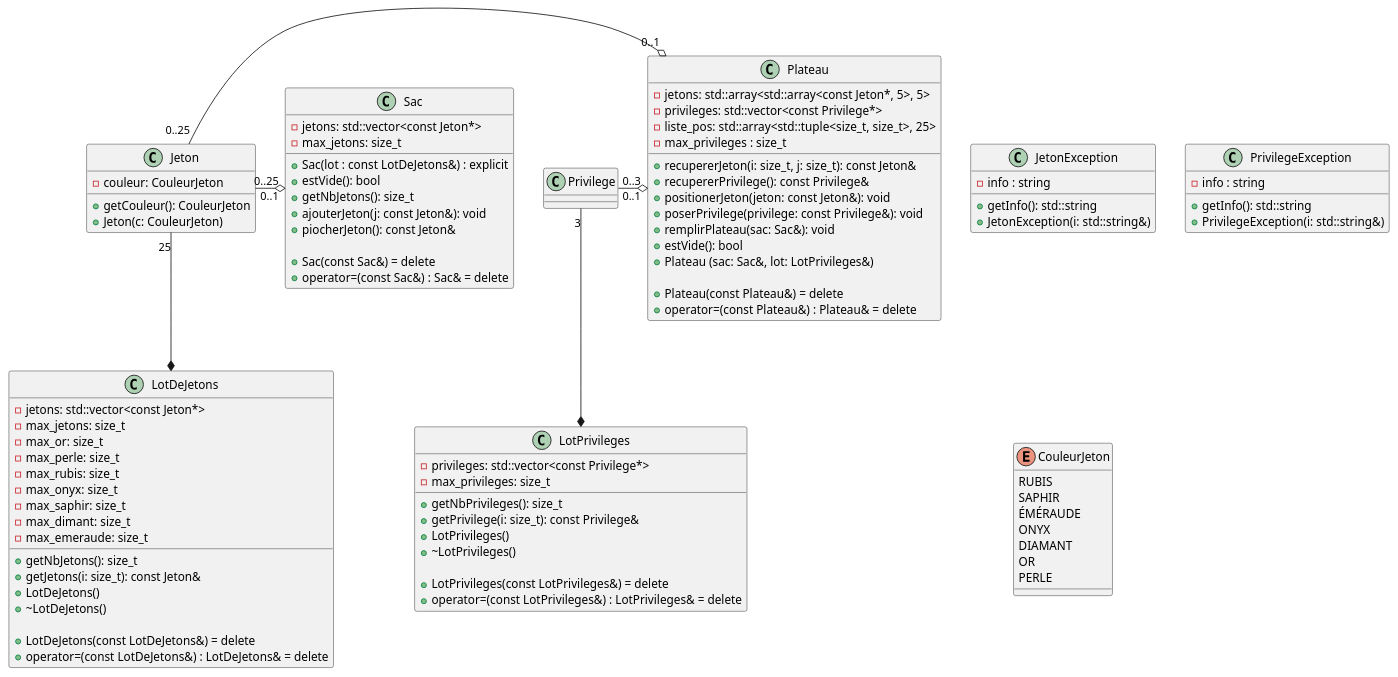
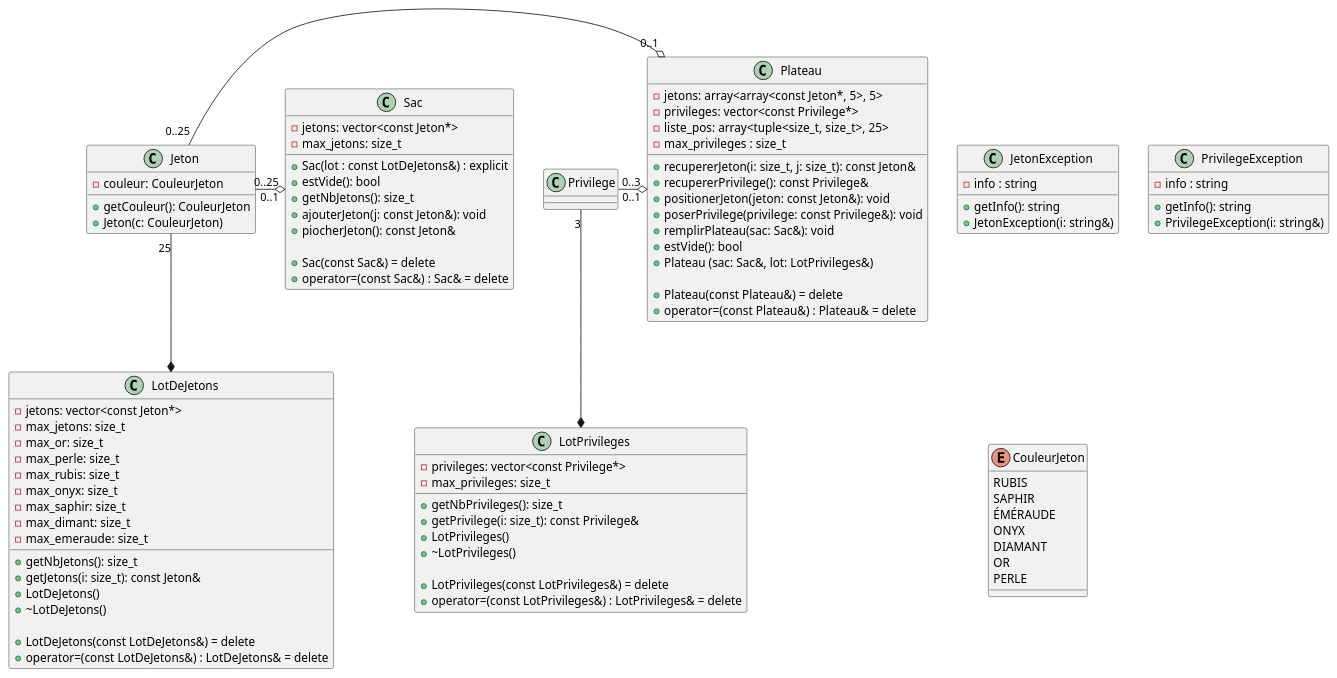
One commit to theguega/OOP-Board-Game changed the diagram in uml/jetons/jetons.plantuml. Above: the diagram before and after it, drawn with PlantUML. The commit also changed 4 other files, not shown here.

Commit message:
udate uml

```diff
--- a/uml/jetons/jetons.plantuml
+++ b/uml/jetons/jetons.plantuml
@@ -1,103 +1,103 @@
 @startuml jetons
 
 class JetonException {
   - info : string
-  + getInfo(): std::string
-  + JetonException(i: std::string&)
+  + getInfo(): string
+  + JetonException(i: string&)
 }
 
 class PrivilegeException {
   - info : string
-  + getInfo(): std::string
-  + PrivilegeException(i: std::string&)
+  + getInfo(): string
+  + PrivilegeException(i: string&)
 }
 
 enum CouleurJeton {
   RUBIS
   SAPHIR
   ÉMÉRAUDE
   ONYX
   DIAMANT
   OR
   PERLE
 }
 
 class Jeton {
   - couleur: CouleurJeton
   + getCouleur(): CouleurJeton
   + Jeton(c: CouleurJeton)
 }
 
 class LotDeJetons {
-  - jetons: std::vector<const Jeton*>
+  - jetons: vector<const Jeton*>
   - max_jetons: size_t
   - max_or: size_t
   - max_perle: size_t
   - max_rubis: size_t
   - max_onyx: size_t
   - max_saphir: size_t
   - max_dimant: size_t
   - max_emeraude: size_t
   + getNbJetons(): size_t
   + getJetons(i: size_t): const Jeton&
   + LotDeJetons()
   + ~LotDeJetons()
 
   + LotDeJetons(const LotDeJetons&) = delete
   + operator=(const LotDeJetons&) : LotDeJetons& = delete
 }
 
 class Privilege {
 }
 
 class LotPrivileges {
-  - privileges: std::vector<const Privilege*>
+  - privileges: vector<const Privilege*>
   - max_privileges: size_t
   + getNbPrivileges(): size_t
   + getPrivilege(i: size_t): const Privilege&
   + LotPrivileges()
   + ~LotPrivileges()
 
   + LotPrivileges(const LotPrivileges&) = delete
   + operator=(const LotPrivileges&) : LotPrivileges& = delete
 }
 
 class Sac {
-  - jetons: std::vector<const Jeton*>
+  - jetons: vector<const Jeton*>
   - max_jetons: size_t
   + Sac(lot : const LotDeJetons&) : explicit
   + estVide(): bool
   + getNbJetons(): size_t
   + ajouterJeton(j: const Jeton&): void
   + piocherJeton(): const Jeton&
 
   + Sac(const Sac&) = delete
   + operator=(const Sac&) : Sac& = delete
 }
 
 class Plateau {
-  - jetons: std::array<std::array<const Jeton*, 5>, 5>
-  - privileges: std::vector<const Privilege*>
-  - liste_pos: std::array<std::tuple<size_t, size_t>, 25>
+  - jetons: array<array<const Jeton*, 5>, 5>
+  - privileges: vector<const Privilege*>
+  - liste_pos: array<tuple<size_t, size_t>, 25>
   - max_privileges : size_t
   + recupererJeton(i: size_t, j: size_t): const Jeton&
   + recupererPrivilege(): const Privilege&
   + positionerJeton(jeton: const Jeton&): void
   + poserPrivilege(privilege: const Privilege&): void
   + remplirPlateau(sac: Sac&): void
   + estVide(): bool
   + Plateau (sac: Sac&, lot: LotPrivileges&)
 
   + Plateau(const Plateau&) = delete
   + operator=(const Plateau&) : Plateau& = delete
 }
 
 Jeton "25" --* LotDeJetons
 Jeton "0..25" -o "0..1" Sac
 
 Privilege "3" --* LotPrivileges
 
 Jeton "0..25" -o "0..1" Plateau
 Privilege "0..3" -o "0..1" Plateau
 
 @enduml
```
